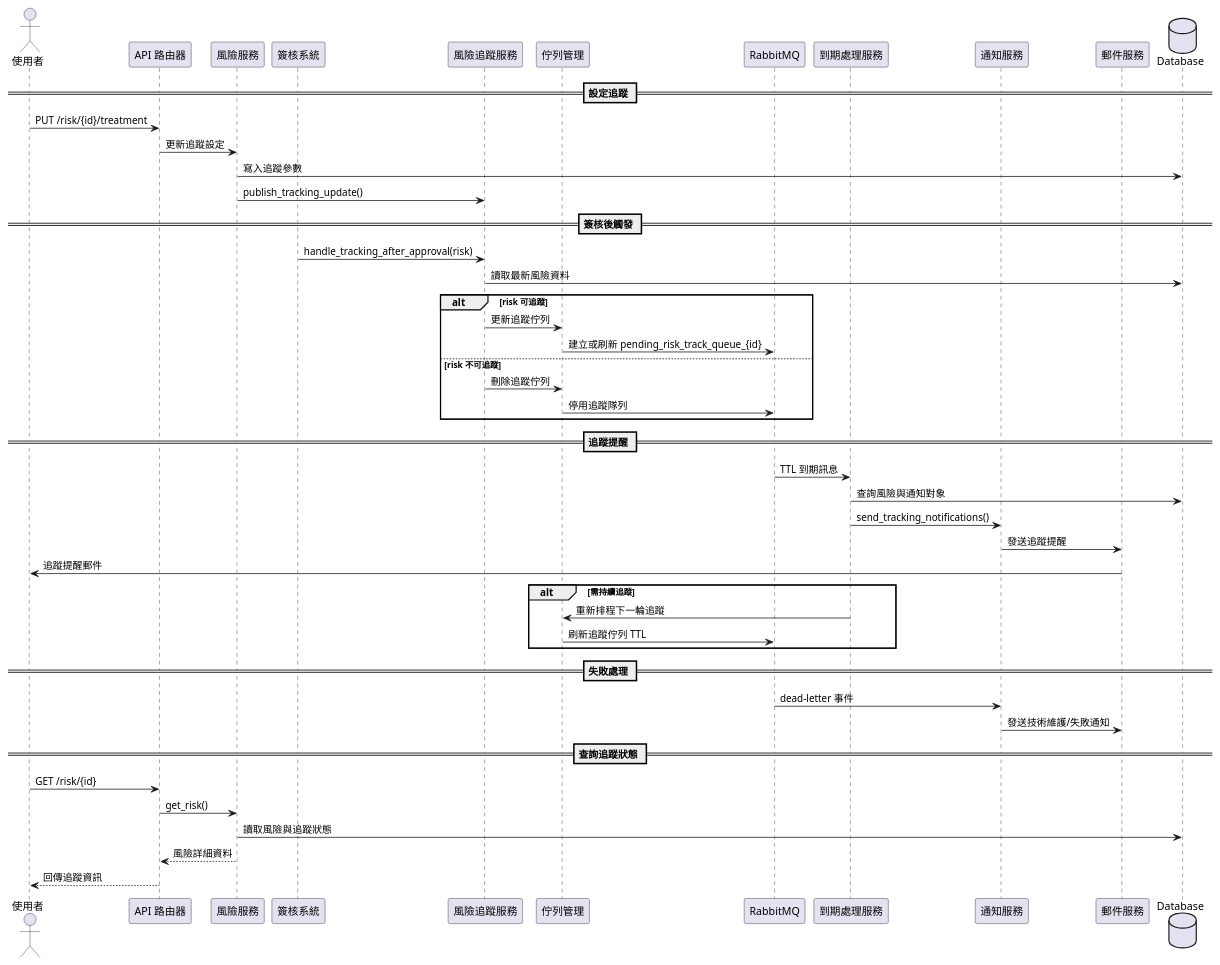
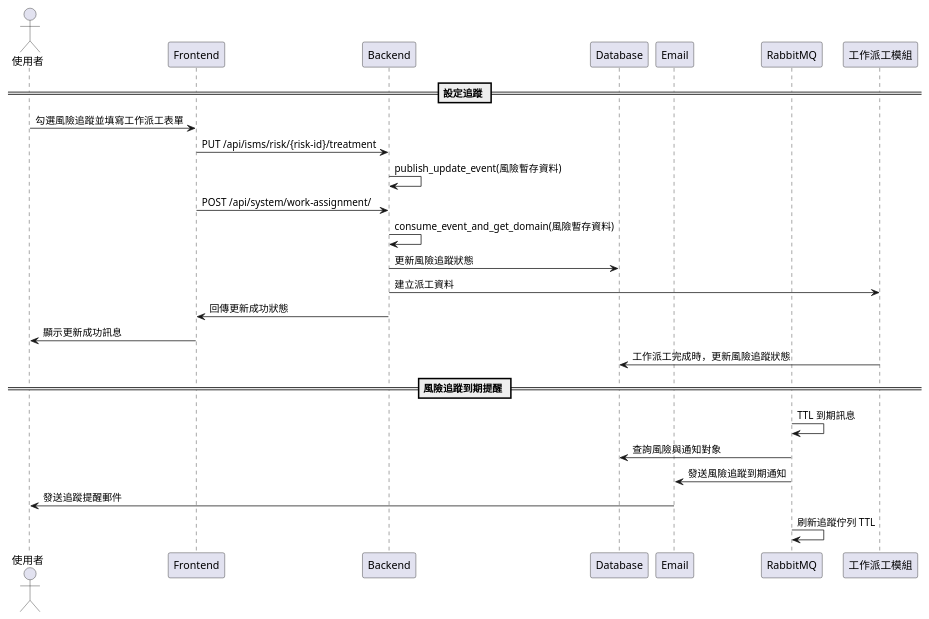
One commit to walle45611/NTUB_SecuManag_Diagram changed the diagram in plantUML/sequence/risk_tracking.puml. Above: the diagram before and after it, drawn with PlantUML. The commit also changed 3 other files, not shown here.

Commit message:
feat: 精簡風險追蹤與派工流程圖，調整參與者與流程步驟以增強可讀性

```diff
--- a/plantUML/sequence/risk_tracking.puml
+++ b/plantUML/sequence/risk_tracking.puml
@@ -1,56 +1,30 @@
 @startuml
 
 actor User as "使用者"
-participant Router as "API 路由器"
-participant RiskService as "風險服務"
-participant Approval as "簽核系統"
-participant TrackSvc as "風險追蹤服務"
-participant QueueSvc as "佇列管理"
+participant Frontend
+participant Backend
+participant Database
+participant Email
 participant Queue as "RabbitMQ"
-participant ExpiredSvc as "到期處理服務"
-participant Notify as "通知服務"
-participant Email as "郵件服務"
-database Database
+participant "工作派工模組" as WorkAssignmentModule
 
 == 設定追蹤 ==
-User -> Router: PUT /risk/{id}/treatment
-Router -> RiskService: 更新追蹤設定
-RiskService -> Database: 寫入追蹤參數
-RiskService -> TrackSvc: publish_tracking_update()
+User -> Frontend: 勾選風險追蹤並填寫工作派工表單
+Frontend -> Backend: PUT /api/isms/risk/{risk-id}/treatment
+Backend -> Backend: publish_update_event(風險暫存資料)
+Frontend -> Backend: POST /api/system/work-assignment/
+Backend -> Backend: consume_event_and_get_domain(風險暫存資料)
+Backend -> Database: 更新風險追蹤狀態
+Backend -> WorkAssignmentModule: 建立派工資料
+Backend -> Frontend: 回傳更新成功狀態
+Frontend -> User: 顯示更新成功訊息
+WorkAssignmentModule -> Database: 工作派工完成時，更新風險追蹤狀態
 
-== 簽核後觸發 ==
-Approval -> TrackSvc: handle_tracking_after_approval(risk)
-TrackSvc -> Database: 讀取最新風險資料
-
-alt risk 可追蹤
-    TrackSvc -> QueueSvc: 更新追蹤佇列
-    QueueSvc -> Queue: 建立或刷新 pending_risk_track_queue_{id}
-else risk 不可追蹤
-    TrackSvc -> QueueSvc: 刪除追蹤佇列
-    QueueSvc -> Queue: 停用追蹤隊列
-end
-
-== 追蹤提醒 ==
-Queue -> ExpiredSvc: TTL 到期訊息
-ExpiredSvc -> Database: 查詢風險與通知對象
-ExpiredSvc -> Notify: send_tracking_notifications()
-Notify -> Email: 發送追蹤提醒
-Email -> User: 追蹤提醒郵件
-
-alt 需持續追蹤
-    ExpiredSvc -> QueueSvc: 重新排程下一輪追蹤
-    QueueSvc -> Queue: 刷新追蹤佇列 TTL
-end
-
-== 失敗處理 ==
-Queue -> Notify: dead-letter 事件
-Notify -> Email: 發送技術維護/失敗通知
-
-== 查詢追蹤狀態 ==
-User -> Router: GET /risk/{id}
-Router -> RiskService: get_risk()
-RiskService -> Database: 讀取風險與追蹤狀態
-RiskService --> Router: 風險詳細資料
-Router --> User: 回傳追蹤資訊
+== 風險追蹤到期提醒 ==
+Queue -> Queue: TTL 到期訊息
+Queue -> Database: 查詢風險與通知對象
+Queue -> Email: 發送風險追蹤到期通知
+Email -> User: 發送追蹤提醒郵件
+Queue -> Queue: 刷新追蹤佇列 TTL
 
 @enduml
```
